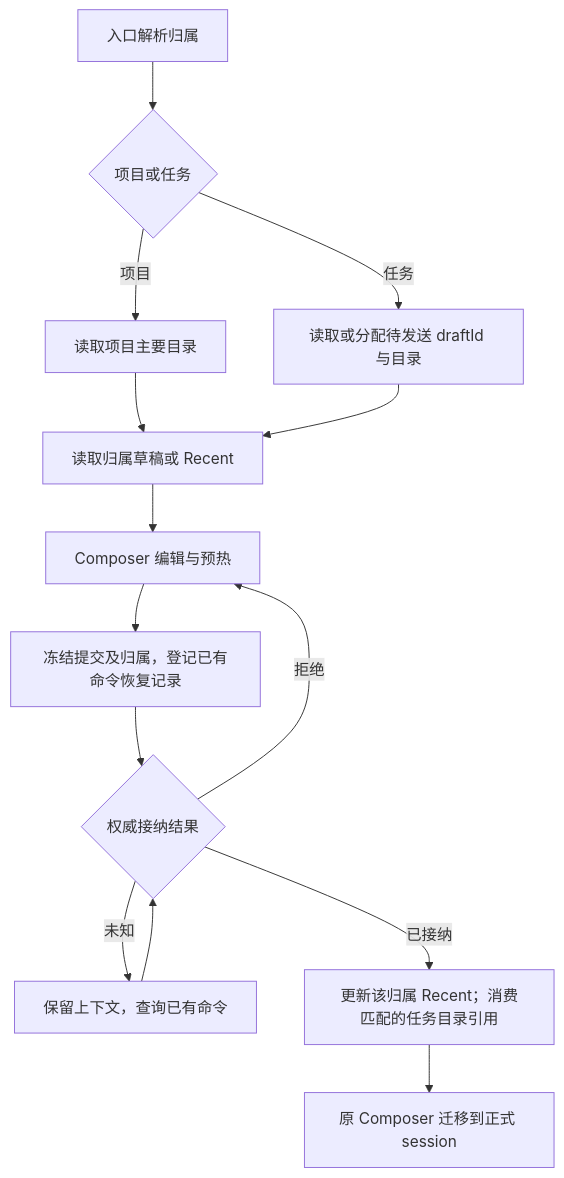
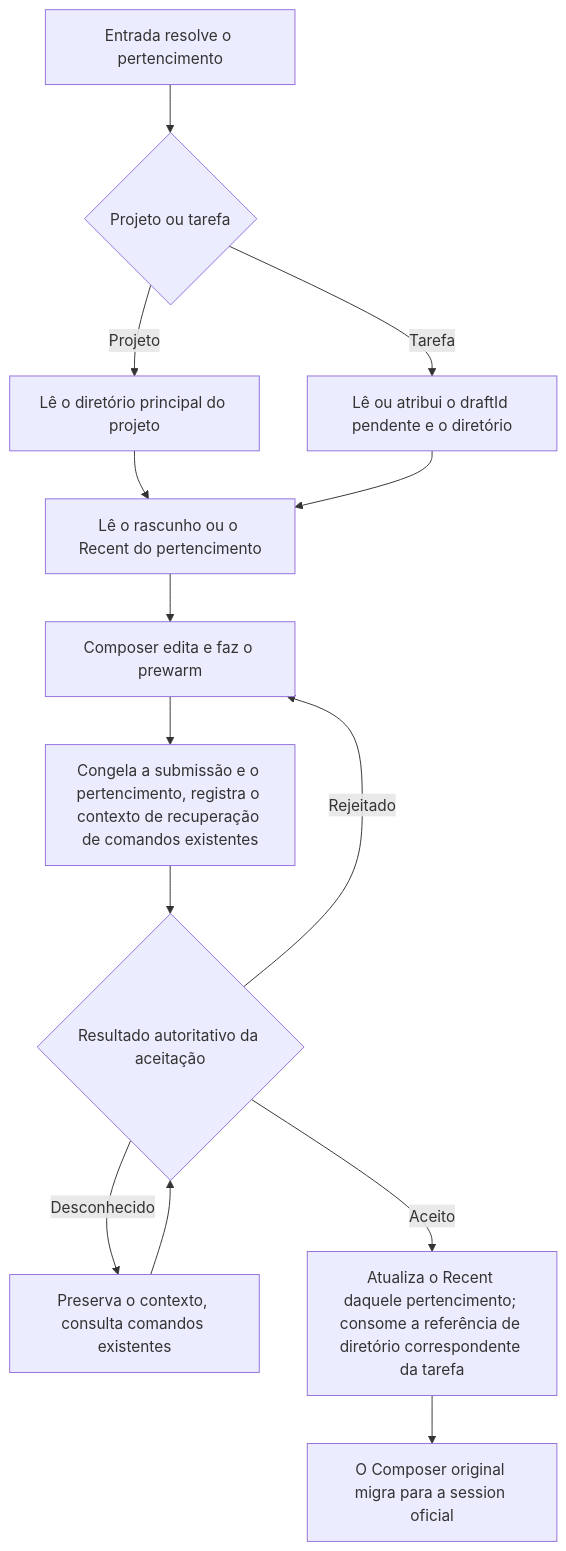
The diagram in docs/ui/project-task-draft-lifecycle.md (JoaoNetoDev/BR-Code), drawn with Mermaid before and after one commit. The commit also changed other lines of this file and 177 other files, not shown here.

````diff
--- a/docs/ui/project-task-draft-lifecycle.md
+++ b/docs/ui/project-task-draft-lifecycle.md
@@ -65,16 +65,16 @@
 ```mermaid
 flowchart TD
-    A[入口解析归属] --> B{项目或任务}
-    B -->|项目| C[读取项目主要目录]
-    B -->|任务| D[读取或分配待发送 draftId 与目录]
-    C --> E[读取归属草稿或 Recent]
+    A[Entrada resolve o pertencimento] --> B{Projeto ou tarefa}
+    B -->|Projeto| C[Lê o diretório principal do projeto]
+    B -->|Tarefa| D[Lê ou atribui o draftId pendente e o diretório]
+    C --> E[Lê o rascunho ou o Recent do pertencimento]
     D --> E
-    E --> F[Composer 编辑与预热]
-    F --> G[冻结提交及归属，登记已有命令恢复记录]
-    G --> H{权威接纳结果}
-    H -->|拒绝| F
-    H -->|未知| I[保留上下文，查询已有命令]
+    E --> F[Composer edita e faz o prewarm]
+    F --> G[Congela a submissão e o pertencimento, registra o contexto de recuperação de comandos existentes]
+    G --> H{Resultado autoritativo da aceitação}
+    H -->|Rejeitado| F
+    H -->|Desconhecido| I[Preserva o contexto, consulta comandos existentes]
     I --> H
-    H -->|已接纳| J[更新该归属 Recent；消费匹配的任务目录引用]
-    J --> K[原 Composer 迁移到正式 session]
+    H -->|Aceito| J[Atualiza o Recent daquele pertencimento; consome a referência de diretório correspondente da tarefa]
+    J --> K[O Composer original migra para a session oficial]
 ```
````
